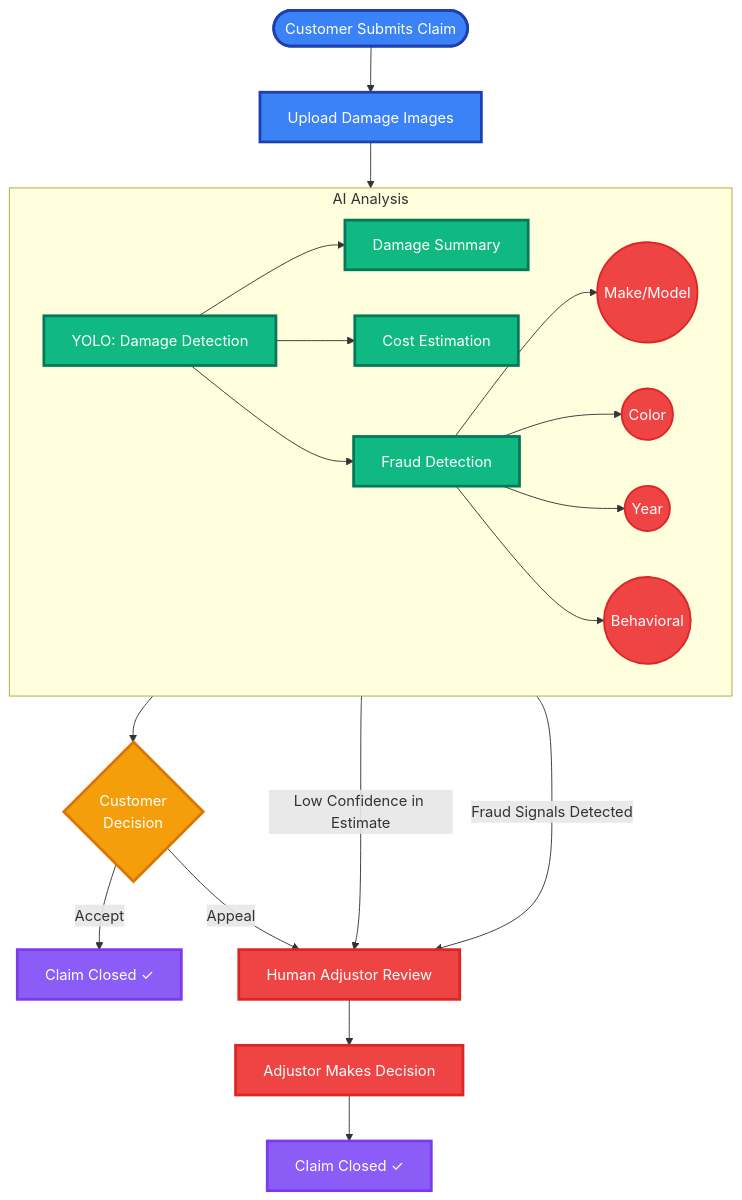
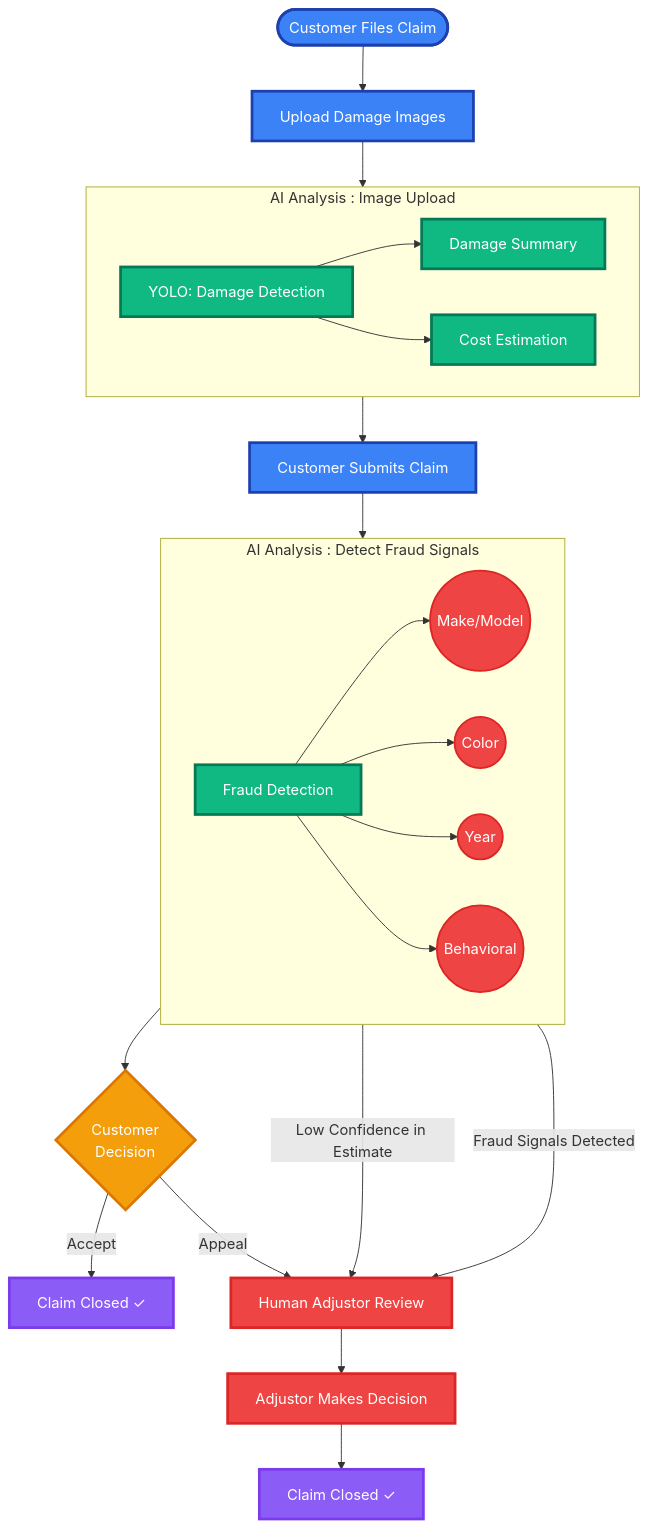
The diagram in specifications/diagrams/claims-ai-use-case.mmd (acloudfan/Acme-Claim-Management-Solution), drawn with Mermaid before and after one commit.

```diff
--- a/specifications/diagrams/claims-ai-use-case.mmd
+++ b/specifications/diagrams/claims-ai-use-case.mmd
@@ -1,46 +1,53 @@
 %% AI-Powered Claims Processing - High-Level Block Diagram
 
 flowchart TD
-    Start([Customer Submits Claim]) --> Upload[Upload Damage Images]
-    Upload --> AI[AI Processing]
+    Start([Customer Files Claim]) --> Upload[Upload Damage Images]
 
-    subgraph AI[AI Analysis]
+    Upload --> AI1
+
+    subgraph AI1[AI Analysis : Image Upload]
         direction LR
         Damage[YOLO: Damage Detection] --> Summary[Damage Summary]
         Damage --> Estimate[Cost Estimation]
-        Damage --> Fraud[Fraud Detection]
+    end
 
-        Fraud --> MakeMismatch((Make/Model))
+    AI1 --> Submit[Customer Submits Claim]
+
+    Submit --> AI2
+
+    subgraph AI2[AI Analysis : Detect Fraud Signals]
+        direction LR
+        Fraud[Fraud Detection] --> MakeMismatch((Make/Model))
         Fraud --> ColorMismatch((Color))
         Fraud --> YearMismatch((Year))
         Fraud --> Behavioral((Behavioral))
     end
 
-    AI --> Decision{Customer<br/>Decision}
+    AI2 --> Decision{Customer<br/>Decision}
 
     Decision -->|Accept| Close1[Claim Closed ✓]
     Decision -->|Appeal| Human
 
-    AI -->|Low Confidence in Estimate | Human[Human Adjustor Review]
+    AI2 -->|Low Confidence in Estimate| Human[Human Adjustor Review]
 
-    AI -->|Fraud Signals Detected| Human[Human Adjustor Review]
+    AI2 -->|Fraud Signals Detected| Human[Human Adjustor Review]
 
    
 
     Human --> AdjustorDecision[Adjustor Makes Decision]
     AdjustorDecision --> Close2[Claim Closed ✓]
 
     %% Styling
     classDef startClass fill:#3b82f6,stroke:#1e40af,stroke-width:3px,color:#fff
     classDef aiClass fill:#10b981,stroke:#047857,stroke-width:3px,color:#fff
     classDef decisionClass fill:#f59e0b,stroke:#d97706,stroke-width:3px,color:#fff
     classDef humanClass fill:#ef4444,stroke:#dc2626,stroke-width:3px,color:#fff
     classDef closeClass fill:#8b5cf6,stroke:#7c3aed,stroke-width:3px,color:#fff
     classDef fraudSignalClass fill:#ef4444,stroke:#dc2626,stroke-width:2px,color:#fff
 
-    class Start,Upload startClass
+    class Start,Upload,Submit startClass
     class Damage,Summary,Estimate,Fraud aiClass
     class Decision decisionClass
     class Human,AdjustorDecision humanClass
     class Close1,Close2 closeClass
     class MakeMismatch,ColorMismatch,YearMismatch,Behavioral fraudSignalClass
```
